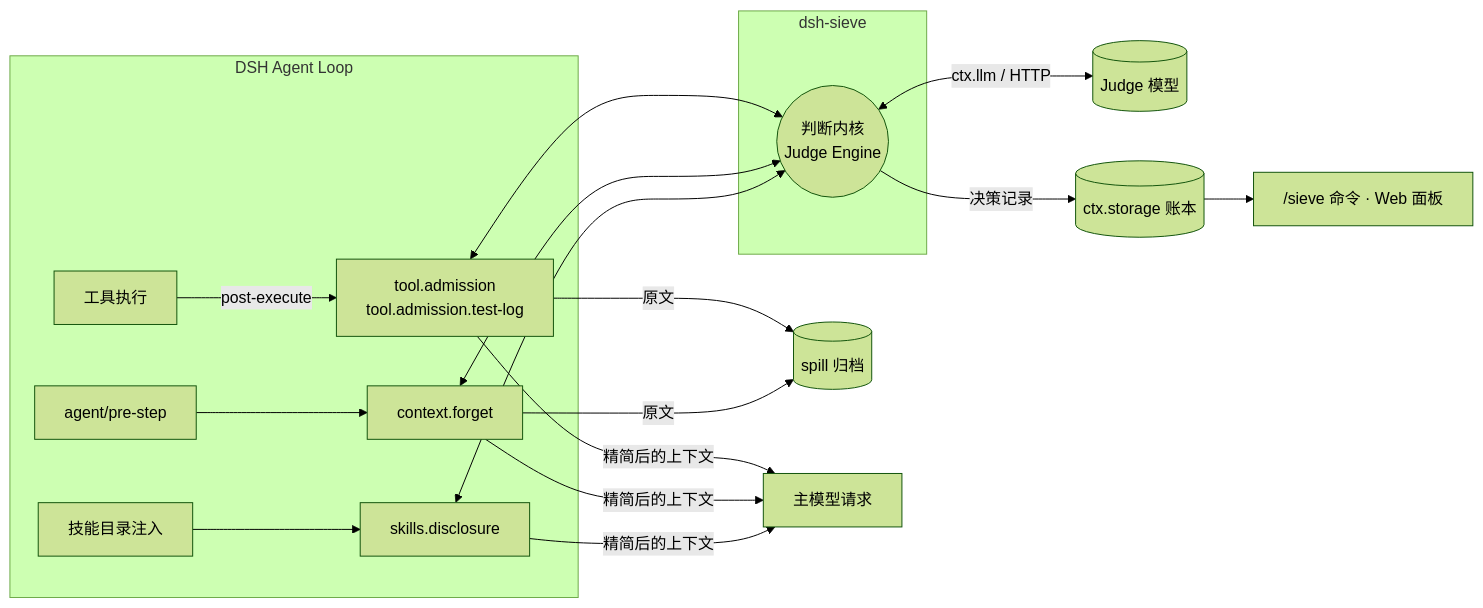
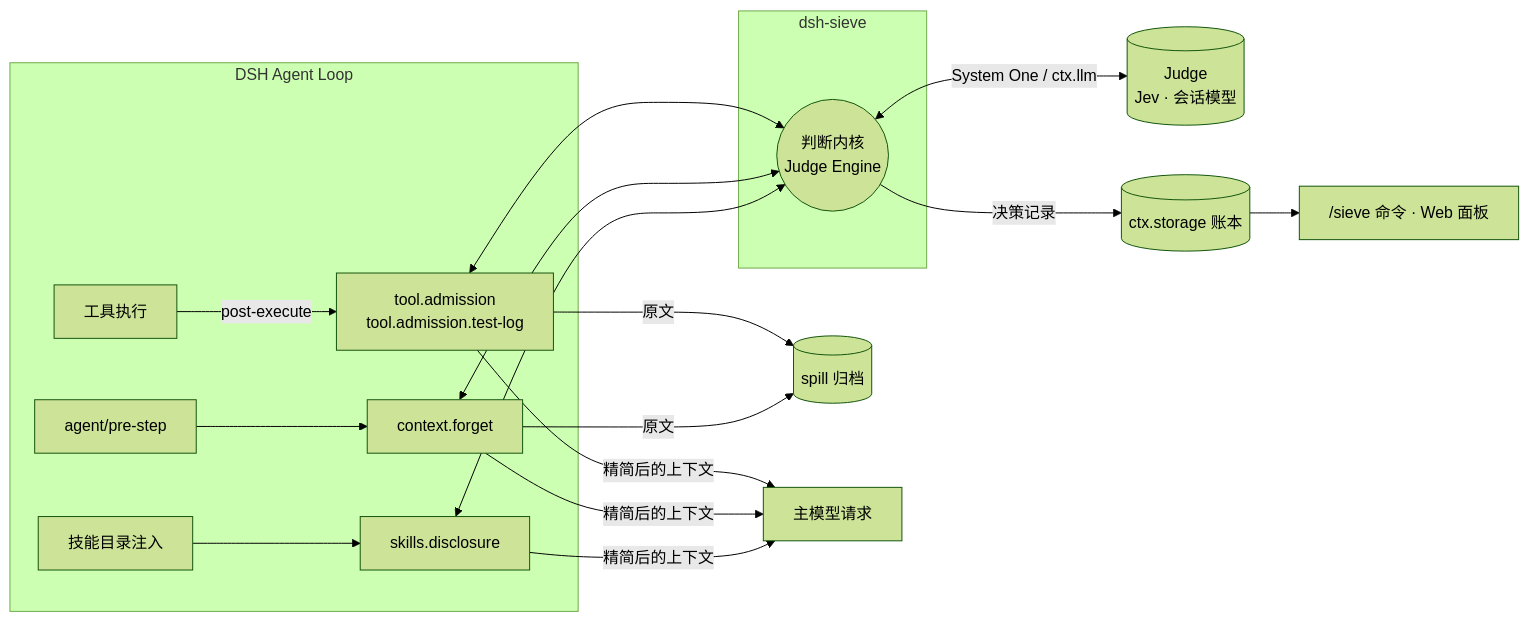
One commit to Sev7eEn7/dsh-sieve changed the first of 2 diagrams in README.md. Above: the diagram before and after it, drawn with Mermaid (forest theme). The commit also changed other lines of this file and 1 other file, not shown here.

First line of the commit message:
docs: README 中英文补充判断服务（Jev）的工作方式

````diff
--- a/README.md
+++ b/README.md
@@ -45,25 +47,25 @@
 ```mermaid
 flowchart LR
     subgraph Loop["DSH Agent Loop"]
         T[工具执行] -->|post-execute| A
         P[agent/pre-step] --> F
         S[技能目录注入] --> D
     end
 
     subgraph Sieve["dsh-sieve"]
         A["tool.admission<br/>tool.admission.test-log"]
         F[context.forget]
         D[skills.disclosure]
         K(("判断内核<br/>Judge Engine"))
         A <--> K
         F <--> K
         D <--> K
     end
 
-    K <-->|ctx.llm / HTTP| J[(Judge 模型)]
+    K <-->|"System One / ctx.llm"| J[("Judge<br/>Jev · 会话模型")]
     A & F -->|原文| SP[(spill 归档)]
     K -->|决策记录| L[(ctx.storage 账本)]
     L --> W["/sieve 命令 · Web 面板"]
 
     A & F & D -->|精简后的上下文| M[主模型请求]
 ```
````
